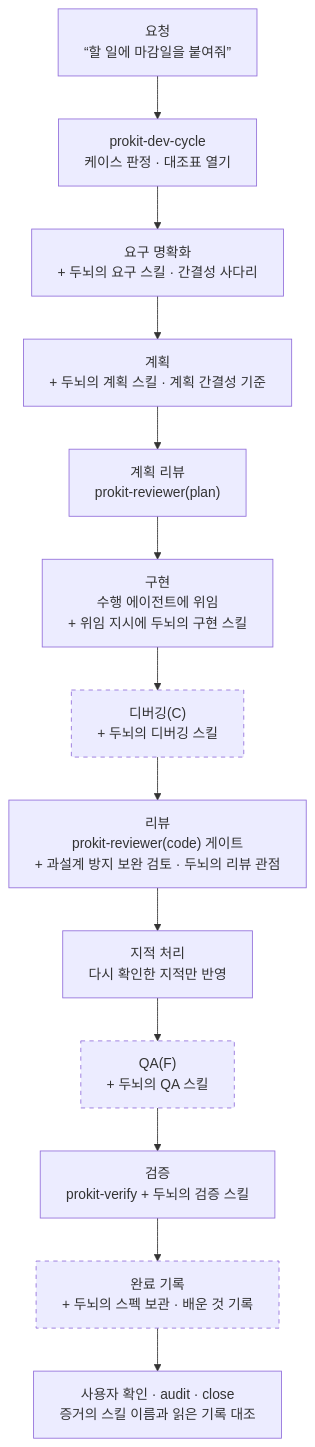
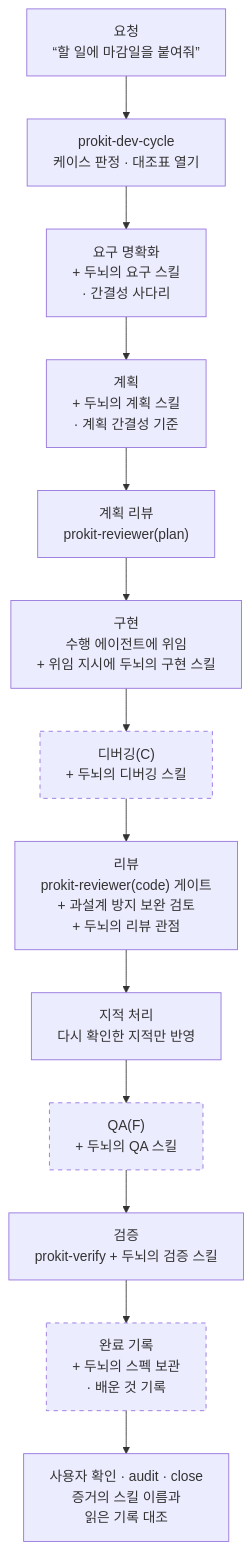
The first of 12 diagrams in handbook/skills/brain-flow.md (roadkwon-ai/pro-kit), drawn with Mermaid before and after one commit. The commit also changed other lines of this file and 26 other files, not shown here.

````diff
--- a/handbook/skills/brain-flow.md
+++ b/handbook/skills/brain-flow.md
@@ -9,22 +9,22 @@
 ```mermaid
 ---
 config:
   flowchart:
-    wrappingWidth: 300
+    wrappingWidth: 230
 ---
 flowchart TB
   R["요청<br/>“할 일에 마감일을 붙여줘”"] --> DC["prokit-dev-cycle<br/>케이스 판정 · 대조표 열기"]
-  DC --> S1["요구 명확화<br/>+ 두뇌의 요구 스킬 · 간결성 사다리"]
-  S1 --> S2["계획<br/>+ 두뇌의 계획 스킬 · 계획 간결성 기준"]
+  DC --> S1["요구 명확화<br/>+ 두뇌의 요구 스킬<br/>· 간결성 사다리"]
+  S1 --> S2["계획<br/>+ 두뇌의 계획 스킬<br/>· 계획 간결성 기준"]
   S2 --> PR["계획 리뷰<br/>prokit-reviewer(plan)"]
   PR --> S3["구현<br/>수행 에이전트에 위임<br/>+ 위임 지시에 두뇌의 구현 스킬"]
   S3 --> S4["디버깅(C)<br/>+ 두뇌의 디버깅 스킬"]
-  S4 --> RV["리뷰<br/>prokit-reviewer(code) 게이트<br/>+ 과설계 방지 보완 검토 · 두뇌의 리뷰 관점"]
+  S4 --> RV["리뷰<br/>prokit-reviewer(code) 게이트<br/>+ 과설계 방지 보완 검토<br/>+ 두뇌의 리뷰 관점"]
   RV --> FX["지적 처리<br/>다시 확인한 지적만 반영"]
   FX --> QA["QA(F)<br/>+ 두뇌의 QA 스킬"]
   QA --> V["검증<br/>prokit-verify + 두뇌의 검증 스킬"]
-  V --> DN["완료 기록<br/>+ 두뇌의 스펙 보관 · 배운 것 기록"]
-  DN --> AU["사용자 확인 · audit · close<br/>증거의 스킬 이름과 읽은 기록 대조"]
+  V --> DN["완료 기록<br/>+ 두뇌의 스펙 보관<br/>· 배운 것 기록"]
+  DN --> AU["사용자 확인 · audit · close<br/>증거의 스킬 이름과<br/>읽은 기록 대조"]
   classDef opt stroke-dasharray: 5 5
   class S4,QA,DN opt
 ```
````
